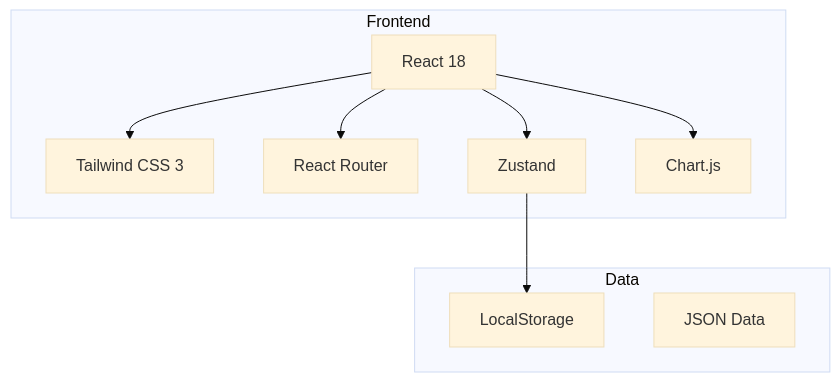
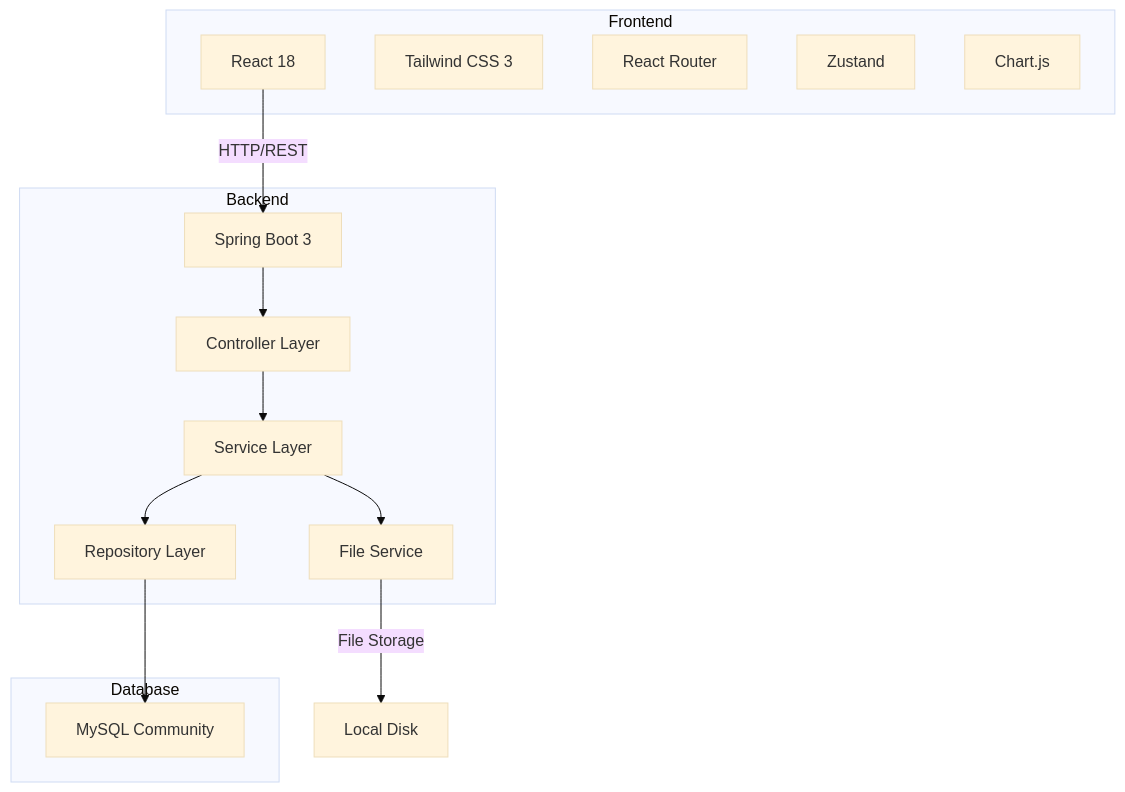
Before and after one commit to 820419269/night_rain: the first of 2 diagrams in .trae/documents/arch.md, drawn with Mermaid (base theme). The commit also changed other lines of this file and 45 other files, not shown here.

````diff
--- a/.trae/documents/arch.md
+++ b/.trae/documents/arch.md
@@ -3,21 +3,30 @@
 ```mermaid
 graph TB
     subgraph Frontend
         React[React 18]
         Tailwind[Tailwind CSS 3]
         Router[React Router]
         State[Zustand]
         Charts[Chart.js]
     end
     
-    subgraph Data
-        LocalStorage[LocalStorage]
-        JSON[JSON Data]
+    subgraph Backend
+        SpringBoot[Spring Boot 3]
+        Controller[Controller Layer]
+        Service[Service Layer]
+        Repository[Repository Layer]
+        FileService[File Service]
     end
     
-    React --> Tailwind
-    React --> Router
-    React --> State
-    React --> Charts
-    State --> LocalStorage
+    subgraph Database
+        MySQL[MySQL Community]
+    end
+    
+    React --> |HTTP/REST| SpringBoot
+    SpringBoot --> Controller
+    Controller --> Service
+    Service --> Repository
+    Repository --> MySQL
+    Service --> FileService
+    FileService --> |File Storage| LocalDisk[Local Disk]
 ```
````
